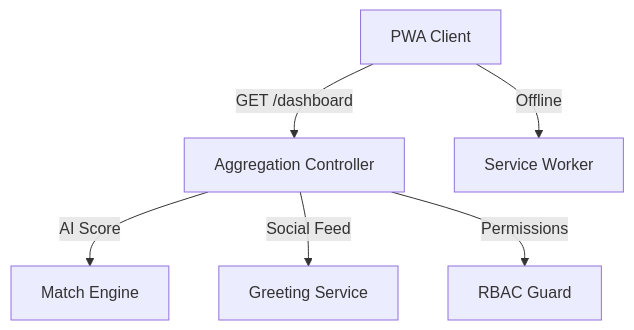
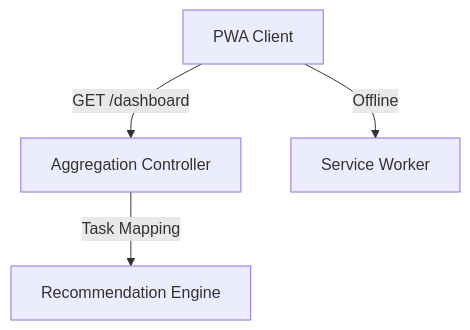
One commit to Salhi-Yassine/traiteur changed the diagram in .agent/docs/prd/features/epic-6-couple-dashboard/epic-6-couple-dashboard.md. Above: the diagram before and after it, drawn with Mermaid. The commit also changed other lines of this file and 18 other files, not shown here.

````diff
--- a/.agent/docs/prd/features/epic-6-couple-dashboard/epic-6-couple-dashboard.md
+++ b/.agent/docs/prd/features/epic-6-couple-dashboard/epic-6-couple-dashboard.md
@@ -79,8 +70,6 @@
 ```mermaid
 graph TD
     A[PWA Client] -->|GET /dashboard| B[Aggregation Controller]
-    B -->|AI Score| C[Match Engine]
-    B -->|Social Feed| D[Greeting Service]
-    B -->|Permissions| E[RBAC Guard]
+    B -->|Task Mapping| C[Recommendation Engine]
     A -->|Offline| F[Service Worker]
 ```
````
